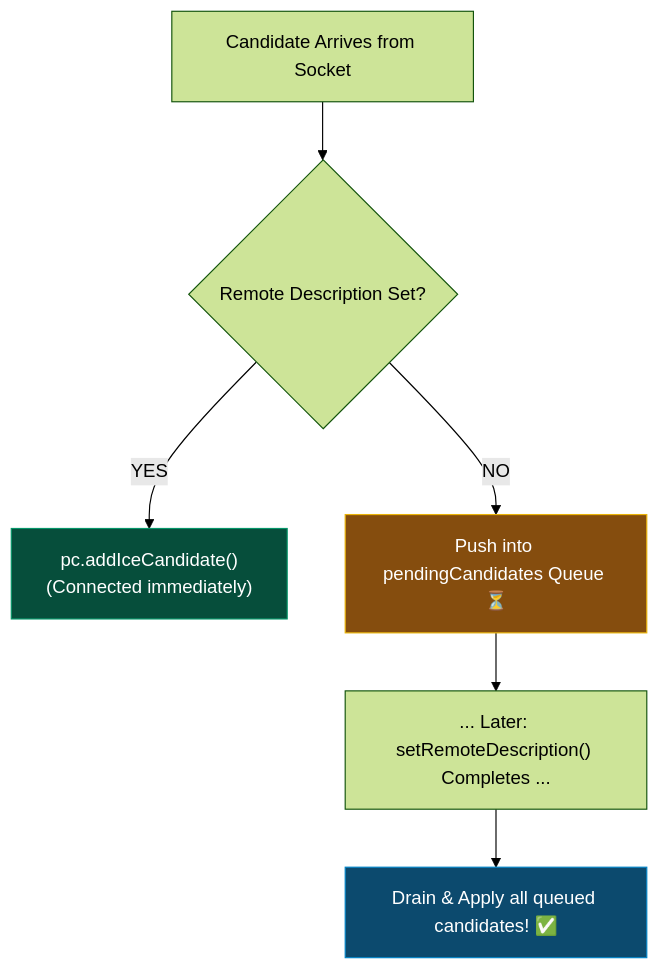
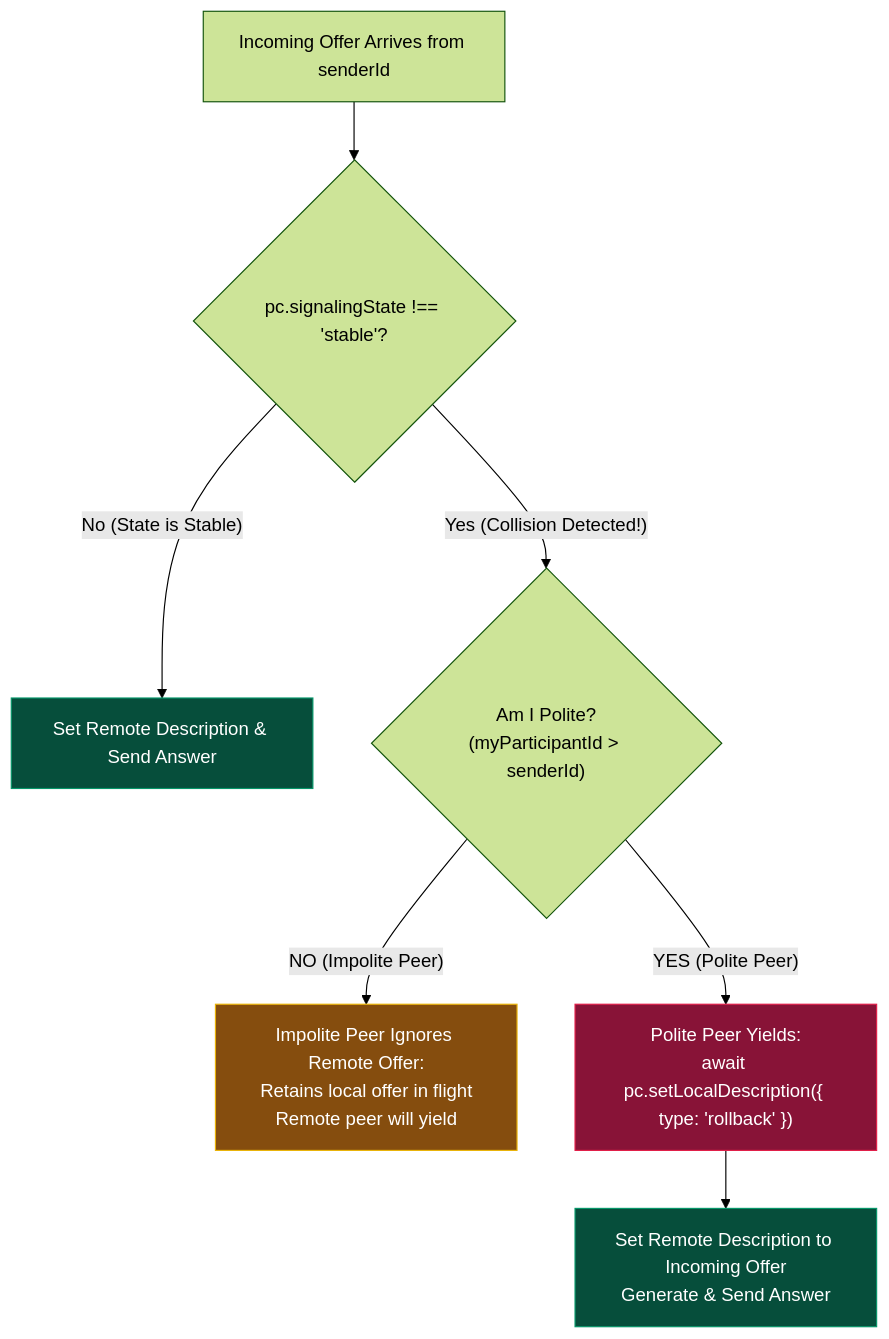
One commit to Ayush-0247/Plutus-Chat changed the eighth of 15 diagrams in WEBRTC.md. Above: the diagram before and after it, drawn with Mermaid (forest theme). The commit also changed other lines of this file, not shown here.

````diff
--- a/WEBRTC.md
+++ b/WEBRTC.md
@@ -180,12 +386,18 @@
 ```mermaid
 flowchart TD
-    CandIn["Candidate Arrives from Socket"] --> CheckReady{"Remote Description Set?"}
-    CheckReady -- YES --> Apply["pc.addIceCandidate()\n(Connected immediately)"]
-    CheckReady -- NO --> Queue["Push into pendingCandidates Queue ⏳"]
-    Queue --> SetDesc["... Later: setRemoteDescription() Completes ..."]
-    SetDesc --> Drain["Drain & Apply all queued candidates! ✅"]
+    OfferIn["Incoming Offer Arrives from senderId"] --> CheckStable{"pc.signalingState !== 'stable'?"}
+    
+    CheckStable -- "No (State is Stable)" --> Normal["Set Remote Description & Send Answer"]
+    
+    CheckStable -- "Yes (Collision Detected!)" --> CheckPolite{"Am I Polite?\n(myParticipantId > senderId)"}
+    
+    CheckPolite -- "NO (Impolite Peer)" --> Ignore["Impolite Peer Ignores Remote Offer:\nRetains local offer in flight\nRemote peer will yield"]
+    
+    CheckPolite -- "YES (Polite Peer)" --> Rollback["Polite Peer Yields:\nawait pc.setLocalDescription({ type: 'rollback' })"]
+    Rollback --> AcceptRemote["Set Remote Description to Incoming Offer\nGenerate & Send Answer"]
 
-    style Apply fill:#064e3b,stroke:#059669,color:#fff
-    style Queue fill:#854d0e,stroke:#eab308,color:#fff
-    style Drain fill:#0c4a6e,stroke:#0284c7,color:#fff
+    style Normal fill:#064e3b,stroke:#059669,color:#fff
+    style Ignore fill:#854d0e,stroke:#eab308,color:#fff
+    style Rollback fill:#881337,stroke:#e11d48,color:#fff
+    style AcceptRemote fill:#064e3b,stroke:#059669,color:#fff
 ```
````
